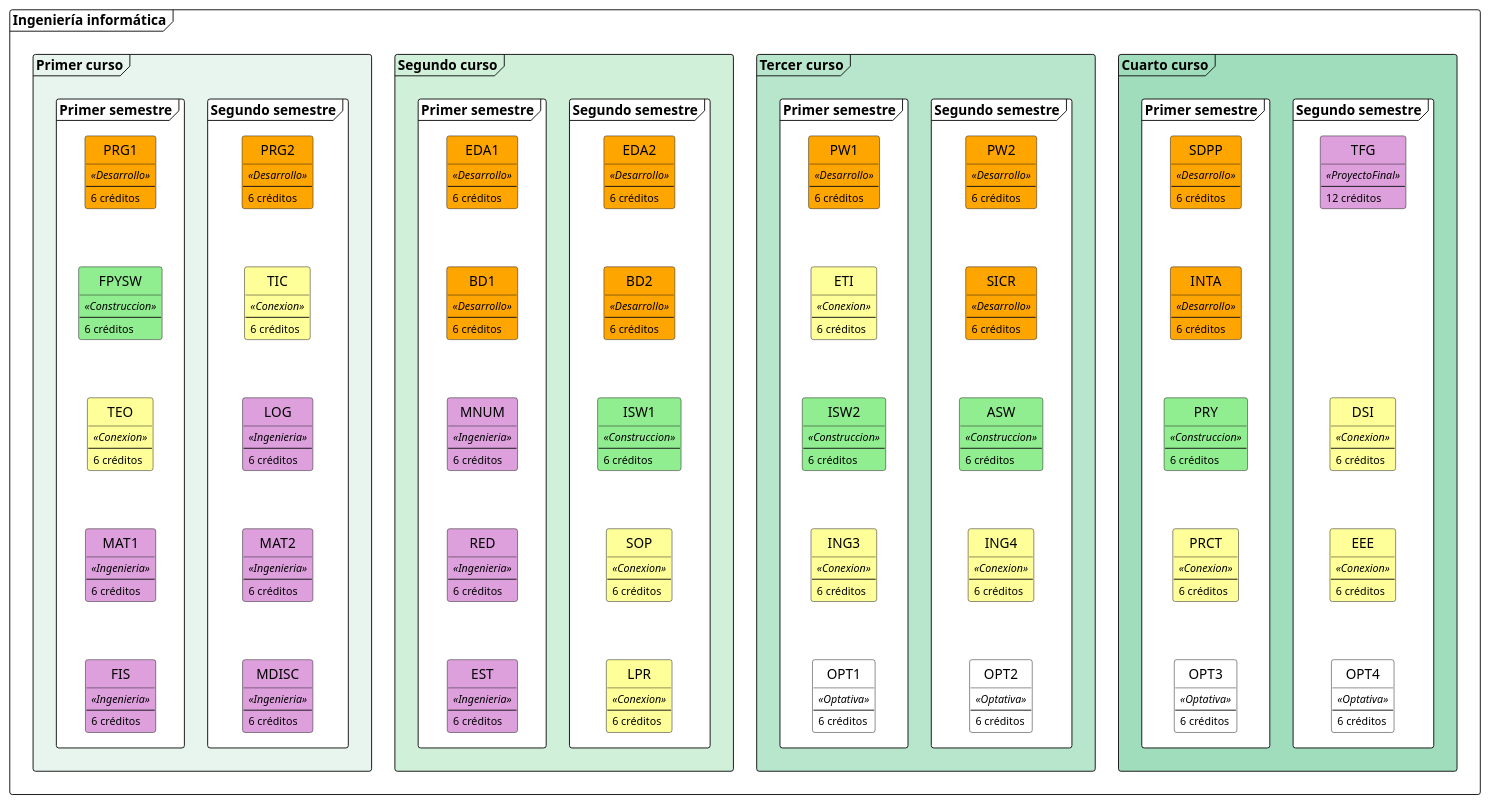
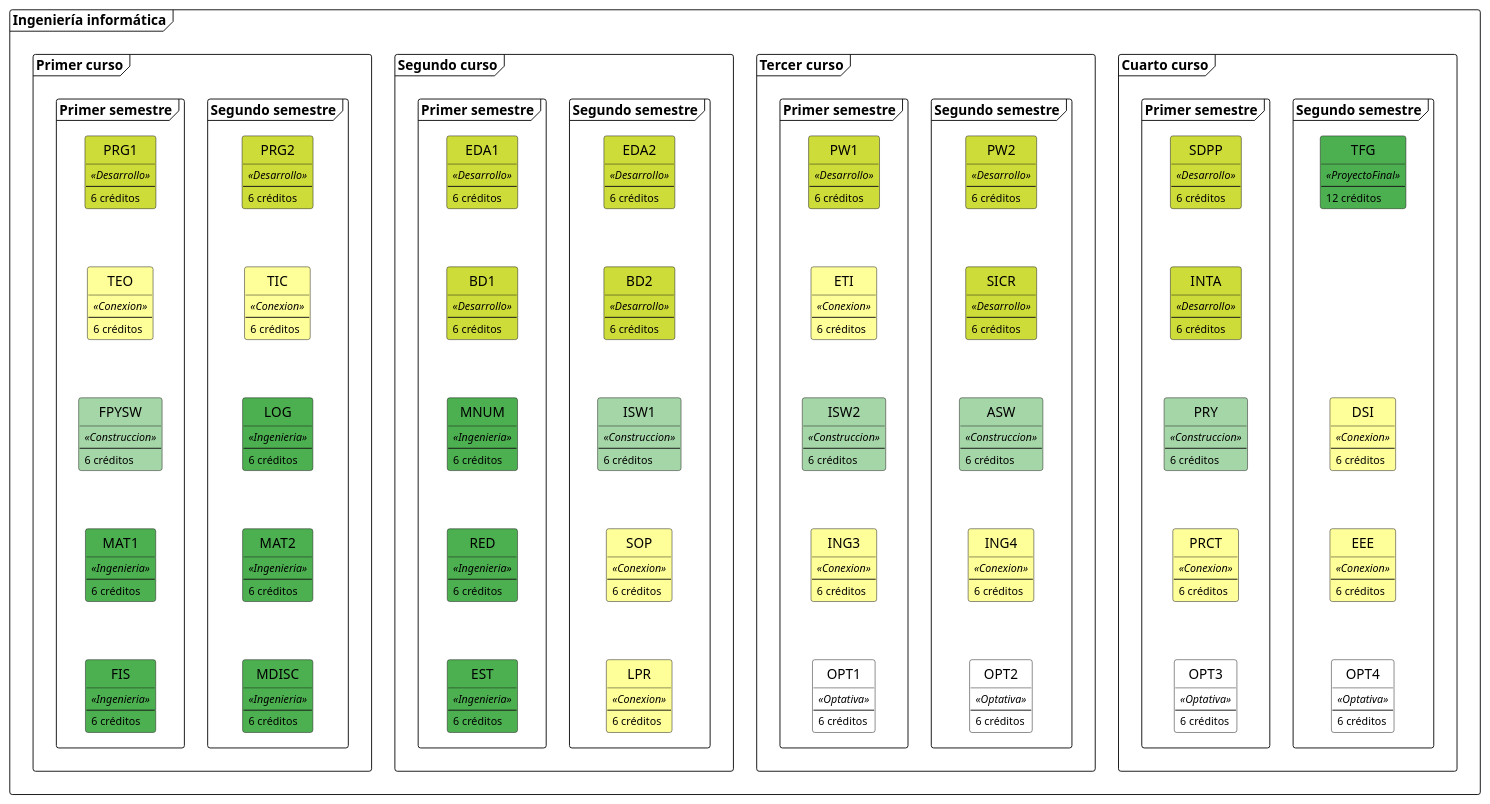
The diagram in modelosUML/malla.puml (mmasias/pyModifica2023), drawn with PlantUML before and after one commit. The commit also changed 1 other file, not shown here.

```diff
--- a/modelosUML/malla.puml
+++ b/modelosUML/malla.puml
@@ -8,9 +8,9 @@
 
 package Informatica as "Ingeniería informática" {
 
-    package IV as "Cuarto curso" #a0ddbdff {
-        package s2 as "Segundo semestre" #FFFFFF {
-            class TFG #DDA0DD {
+    package IV as "Cuarto curso" {
+        package s2 as "Segundo semestre" {
+            class TFG #4CAF50 {
                 <sub><i><<ProyectoFinal>></i></sub>
                 ---
                 <sub>12 créditos</sub>
@@ -36,18 +36,18 @@
                 <sub>6 créditos</sub>
             }
         }
-        package s1 as "Primer semestre"  #FFFFFF {
-            class SDPP #FFA500 {
+        package s1 as "Primer semestre" {
+            class SDPP #CDDC39 {
                 <sub><i><<Desarrollo>></i></sub>
                 ---
                 <sub>6 créditos</sub>
             }
-            class INTA #FFA500 {
+            class INTA #CDDC39 {
                 <sub><i><<Desarrollo>></i></sub>
                 ---
                 <sub>6 créditos</sub>
             }
-            class PRY #90EE90 {
+            class PRY #A5D6A7 {
                 <sub><i><<Construccion>></i></sub>
                 ---
                 <sub>6 créditos</sub>
@@ -65,19 +65,19 @@
         }
     }
 
-    package III as "Tercer curso" #b8e6ccff {
-        package s2 as "Segundo semestre" #FFFFFF {
-            class PW2 #FFA500 {
+    package III as "Tercer curso" {
+        package s2 as "Segundo semestre" {
+            class PW2 #CDDC39 {
                 <sub><i><<Desarrollo>></i></sub>
                 ---
                 <sub>6 créditos</sub>
             }
-            class SICR #FFA500 {
+            class SICR #CDDC39 {
                 <sub><i><<Desarrollo>></i></sub>
                 ---
                 <sub>6 créditos</sub>
             }
-            class ASW #90EE90 {
+            class ASW #A5D6A7 {
                 <sub><i><<Construccion>></i></sub>
                 ---
                 <sub>6 créditos</sub>
@@ -93,8 +93,8 @@
                 <sub>6 créditos</sub>
             }
         }
-        package s1 as "Primer semestre" #FFFFFF {
-            class PW1 #FFA500 {
+        package s1 as "Primer semestre" {
+            class PW1 #CDDC39 {
                 <sub><i><<Desarrollo>></i></sub>
                 ---
                 <sub>6 créditos</sub>
@@ -104,7 +104,7 @@
                 ---
                 <sub>6 créditos</sub>
             }
-            class ISW2 #90EE90 {
+            class ISW2 #A5D6A7 {
                 <sub><i><<Construccion>></i></sub>
                 ---
                 <sub>6 créditos</sub>
@@ -122,19 +122,19 @@
         }
     }
 
-    package II as "Segundo curso" #d0f0daff {
-        package s2 as "Segundo semestre" #FFFFFF {
-            class EDA2 #FFA500 {
+    package II as "Segundo curso" {
+        package s2 as "Segundo semestre" {
+            class EDA2 #CDDC39 {
                 <sub><i><<Desarrollo>></i></sub>
                 ---
                 <sub>6 créditos</sub>
             }
-            class BD2 #FFA500 {
+            class BD2 #CDDC39 {
                 <sub><i><<Desarrollo>></i></sub>
                 ---
                 <sub>6 créditos</sub>
             }
-            class ISW1 #90EE90 {
+            class ISW1 #A5D6A7 {
                 <sub><i><<Construccion>></i></sub>
                 ---
                 <sub>6 créditos</sub>
@@ -150,28 +150,28 @@
                 <sub>6 créditos</sub>
             }
         }
-        package s1 as "Primer semestre" #FFFFFF {
-            class EDA1 #FFA500 {
+        package s1 as "Primer semestre" {
+            class EDA1 #CDDC39 {
                 <sub><i><<Desarrollo>></i></sub>
                 ---
                 <sub>6 créditos</sub>
             }
-            class BD1 #FFA500 {
+            class BD1 #CDDC39 {
                 <sub><i><<Desarrollo>></i></sub>
                 ---
                 <sub>6 créditos</sub>
             }
-            class MNUM #DDA0DD {
+            class MNUM #4CAF50 {
                 <sub><i><<Ingenieria>></i></sub>
                 ---
                 <sub>6 créditos</sub>
             }
-            class RED #DDA0DD {
+            class RED #4CAF50 {
                 <sub><i><<Ingenieria>></i></sub>
                 ---
                 <sub>6 créditos</sub>
             }
-            class EST #DDA0DD {
+            class EST #4CAF50 {
                 <sub><i><<Ingenieria>></i></sub>
                 ---
                 <sub>6 créditos</sub>
@@ -179,9 +179,9 @@
         }
     }
 
-    package I as "Primer curso" #e8f5efff {
-        package s2 as "Segundo semestre" #FFFFFF {
-            class PRG2 #FFA500 {
+    package I as "Primer curso" {
+        package s2 as "Segundo semestre" {
+            class PRG2 #CDDC39 {
                 <sub><i><<Desarrollo>></i></sub>
                 ---
                 <sub>6 créditos</sub>
@@ -191,30 +191,25 @@
                 ---
                 <sub>6 créditos</sub>
             }
-            class LOG #DDA0DD {
+            class LOG #4CAF50 {
                 <sub><i><<Ingenieria>></i></sub>
                 ---
                 <sub>6 créditos</sub>
             }
-            class MAT2 #DDA0DD {
+            class MAT2 #4CAF50 {
                 <sub><i><<Ingenieria>></i></sub>
                 ---
                 <sub>6 créditos</sub>
             }
-            class MDISC #DDA0DD {
+            class MDISC #4CAF50 {
                 <sub><i><<Ingenieria>></i></sub>
                 ---
                 <sub>6 créditos</sub>
             }
         }
-        package s1 as "Primer semestre" #FFFFFF {
-            class PRG1 #FFA500 {
+        package s1 as "Primer semestre" {
+            class PRG1 #CDDC39 {
                 <sub><i><<Desarrollo>></i></sub>
-                ---
-                <sub>6 créditos</sub>
-            }
-            class FPYSW #90EE90 {
-                <sub><i><<Construccion>></i></sub>
                 ---
                 <sub>6 créditos</sub>
             }
@@ -223,12 +218,17 @@
                 ---
                 <sub>6 créditos</sub>
             }
-            class MAT1 #DDA0DD {
+            class FPYSW #A5D6A7 {
+                <sub><i><<Construccion>></i></sub>
+                ---
+                <sub>6 créditos</sub>
+            }
+            class MAT1 #4CAF50 {
                 <sub><i><<Ingenieria>></i></sub>
                 ---
                 <sub>6 créditos</sub>
             }
-            class FIS #DDA0DD {
+            class FIS #4CAF50 {
                 <sub><i><<Ingenieria>></i></sub>
                 ---
                 <sub>6 créditos</sub>
@@ -238,9 +238,9 @@
 
 }
 
-PRG1 -[hidden]d- FPYSW
-FPYSW -[hidden]d- TEO
-TEO  -[hidden]d- MAT1
+PRG1 -[hidden]d- TEO
+TEO -[hidden]d- FPYSW
+FPYSW  -[hidden]d- MAT1
 MAT1  -[hidden]d-  FIS
 
 PRG2  -[hidden]d- TIC
```
